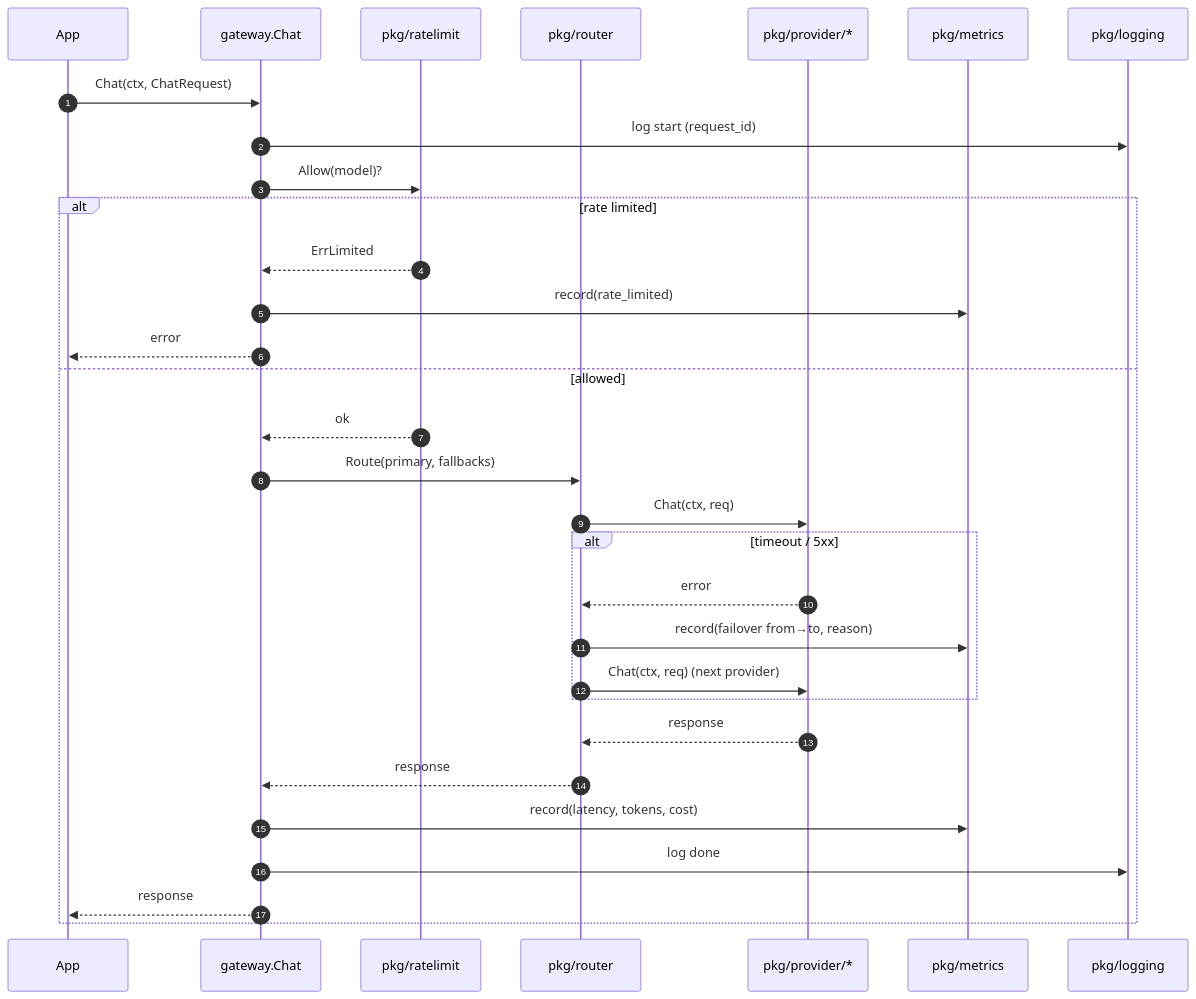
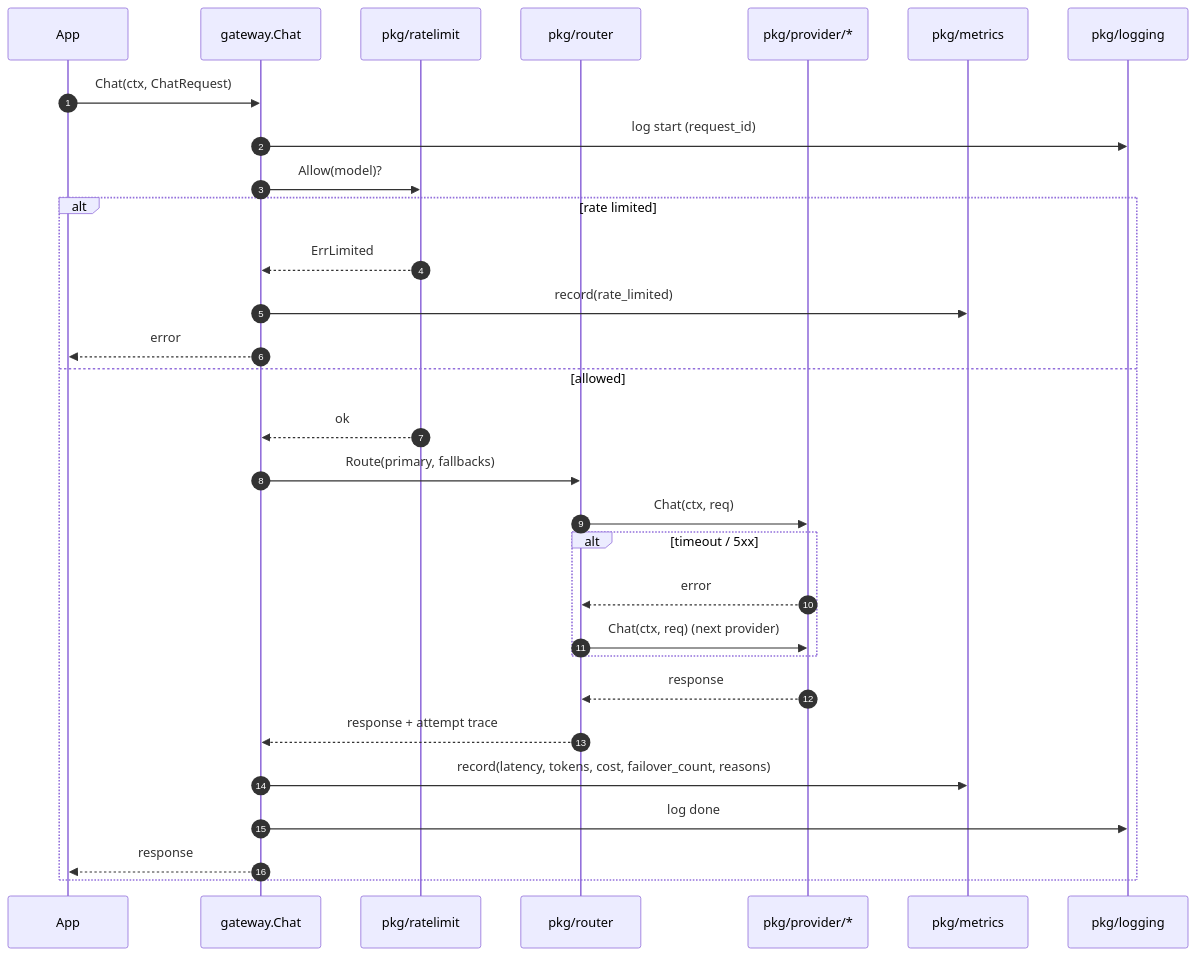
One commit to thedev-junyoung/thedev-junyoung-go-llm-gateway changed the second of 2 diagrams in docs/design/architecture.md. Above: the diagram before and after it, drawn with Mermaid. The commit also changed other lines of this file, not shown here.

Commit message:
fix(architecture): respect module boundaries in Chat() sequence
claude[bot] caught a real flaw: the sequence diagram had
\`RT->>MT: record(failover...)\` which would imply pkg/router
imports pkg/metrics — violating the boundary rule in the same file.

Two changes:

1. Move failover-record responsibility to gateway. Router now returns
   the response plus an attempt trace; gateway records latency,
   tokens, cost, and failover details to metrics in one call.
2. Test-only edge from internal/testutil now points to the IF node
   (Provider interface) rather than the Provider subgraph, removing
   the Mermaid ambiguity flagged as a nit.

````diff
--- a/docs/design/architecture.md
+++ b/docs/design/architecture.md
@@ -44,35 +44,34 @@
 ```mermaid
 sequenceDiagram
     autonumber
     participant App
     participant GW as gateway.Chat
     participant RL as pkg/ratelimit
     participant RT as pkg/router
     participant P as pkg/provider/*
     participant MT as pkg/metrics
     participant LG as pkg/logging
 
     App->>GW: Chat(ctx, ChatRequest)
     GW->>LG: log start (request_id)
     GW->>RL: Allow(model)?
 
     alt rate limited
         RL-->>GW: ErrLimited
         GW->>MT: record(rate_limited)
         GW-->>App: error
     else allowed
         RL-->>GW: ok
         GW->>RT: Route(primary, fallbacks)
         RT->>P: Chat(ctx, req)
         alt timeout / 5xx
             P-->>RT: error
-            RT->>MT: record(failover from→to, reason)
             RT->>P: Chat(ctx, req) (next provider)
         end
         P-->>RT: response
-        RT-->>GW: response
-        GW->>MT: record(latency, tokens, cost)
+        RT-->>GW: response + attempt trace
+        GW->>MT: record(latency, tokens, cost, failover_count, reasons)
         GW->>LG: log done
         GW-->>App: response
     end
 ```
````
